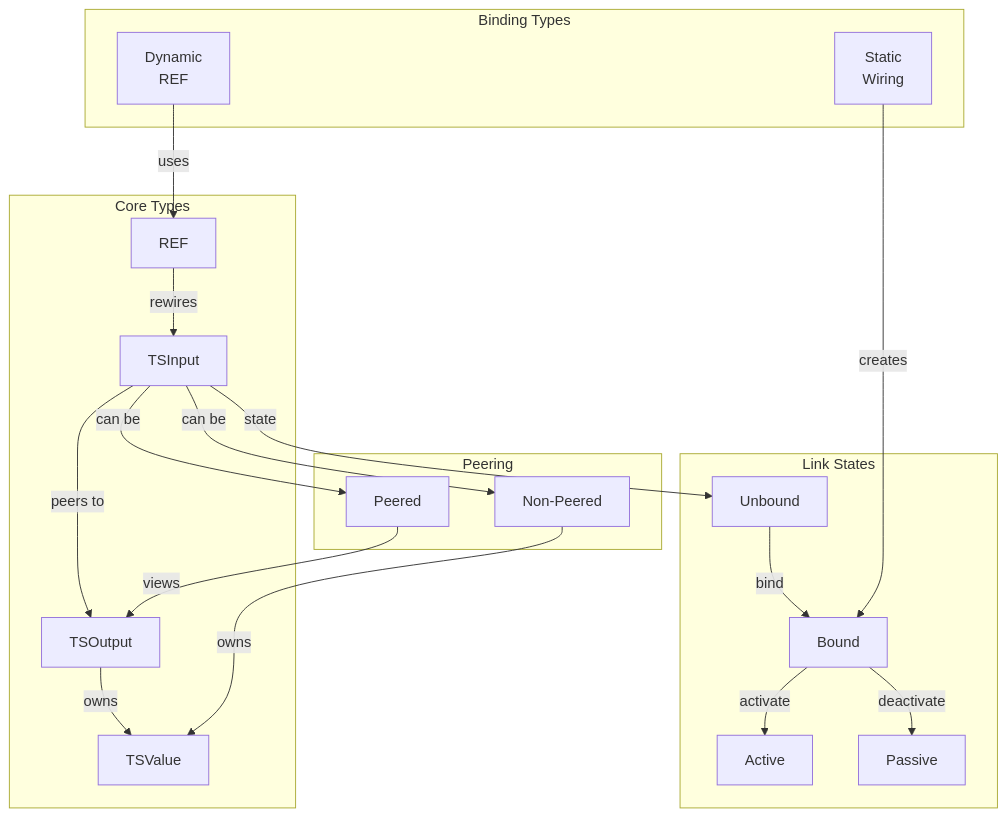
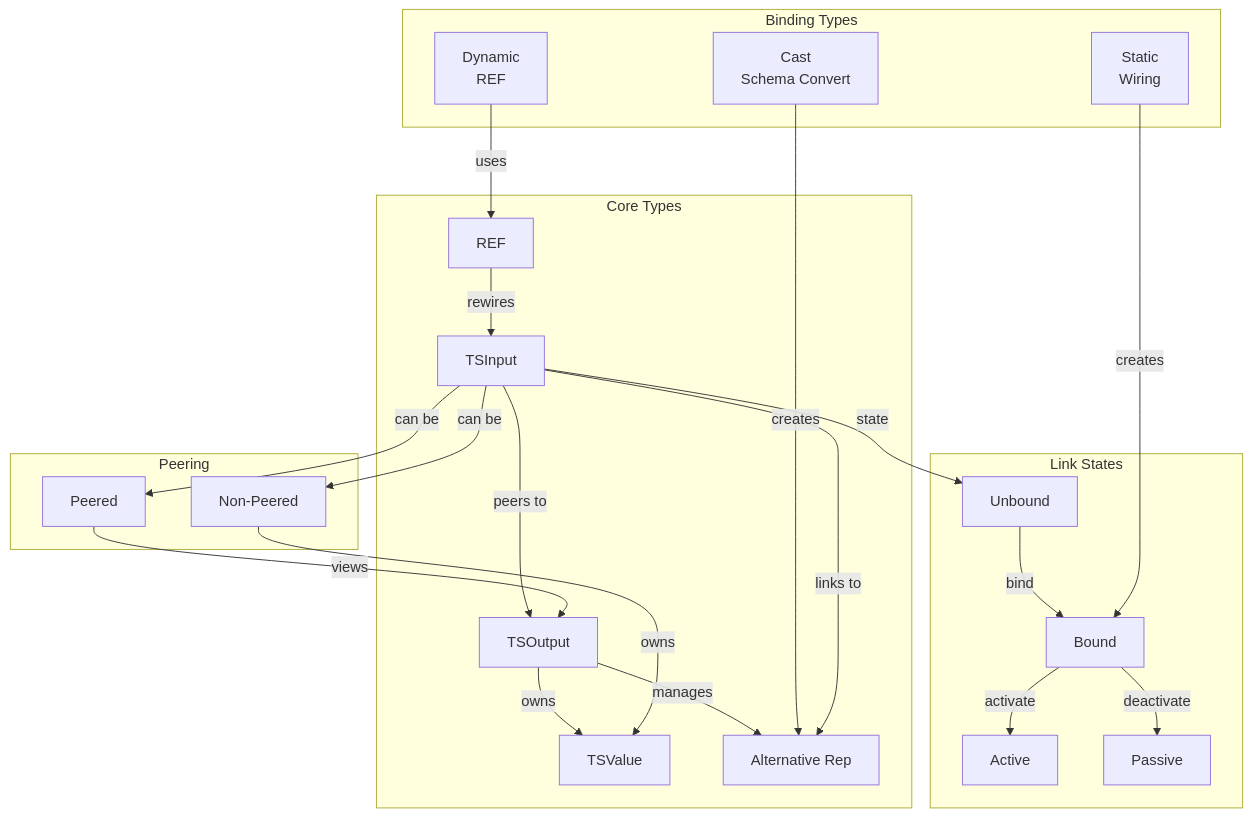
One commit to hhenson/hgraph changed diagram 12 of 12 in ts_value_v2601/user_guide/04_LINKS_AND_BINDING.md. Above: the diagram before and after it, drawn with Mermaid. The commit also changed other lines of this file and 7 other files, not shown here.

````diff
--- a/ts_value_v2601/user_guide/04_LINKS_AND_BINDING.md
+++ b/ts_value_v2601/user_guide/04_LINKS_AND_BINDING.md
@@ -731,42 +1024,47 @@
 ```mermaid
 flowchart TD
     subgraph "Core Types"
         TSO[TSOutput]
         TSI[TSInput]
         TSV[TSValue]
         REF[REF]
+        ALT[Alternative Rep]
     end
 
     subgraph "Link States"
         UB[Unbound]
         BD[Bound]
         AC[Active]
         PS[Passive]
     end
 
     subgraph "Peering"
         PR[Peered]
         NP[Non-Peered]
     end
 
     subgraph "Binding Types"
         ST[Static<br/>Wiring]
         DY[Dynamic<br/>REF]
+        CST[Cast<br/>Schema Convert]
     end
 
     TSO -->|owns| TSV
+    TSO -->|manages| ALT
     TSI -->|peers to| TSO
     TSI -->|can be| PR
     TSI -->|can be| NP
     PR -->|views| TSO
     NP -->|owns| TSV
 
     TSI -->|state| UB
     UB -->|bind| BD
     BD -->|activate| AC
     BD -->|deactivate| PS
 
     ST -->|creates| BD
     DY -->|uses| REF
     REF -->|rewires| TSI
+    CST -->|creates| ALT
+    TSI -->|links to| ALT
 ```
````
